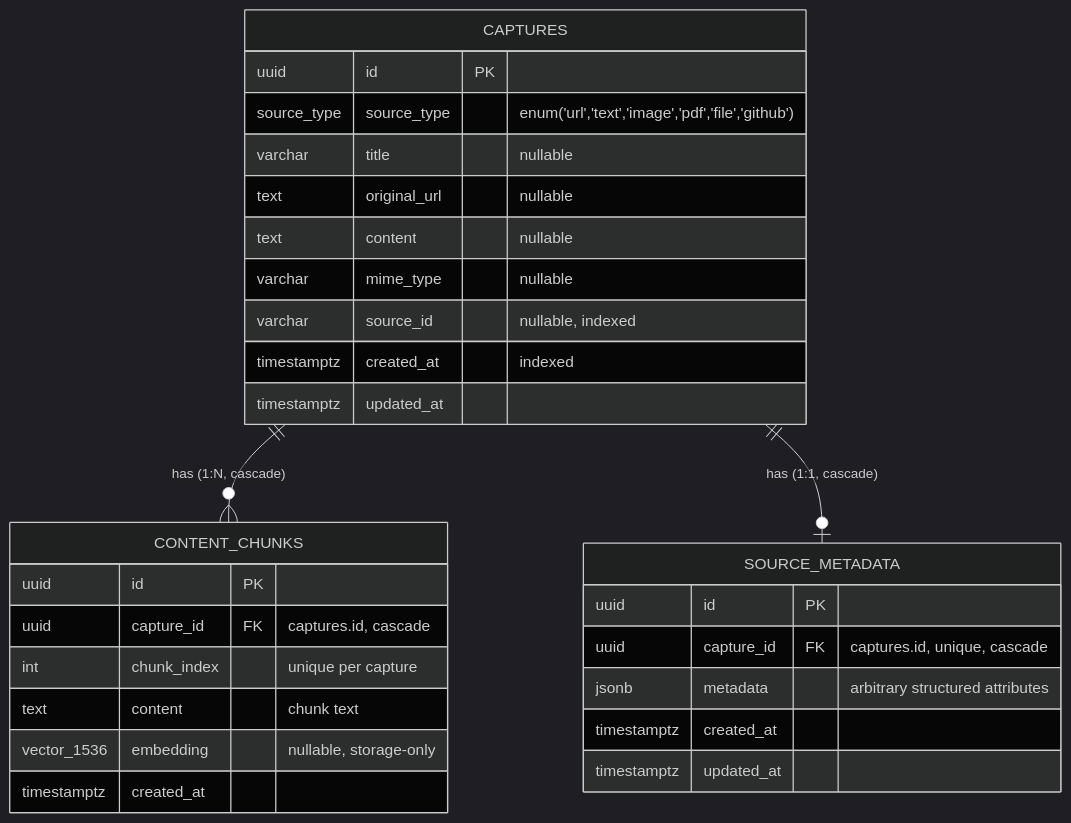
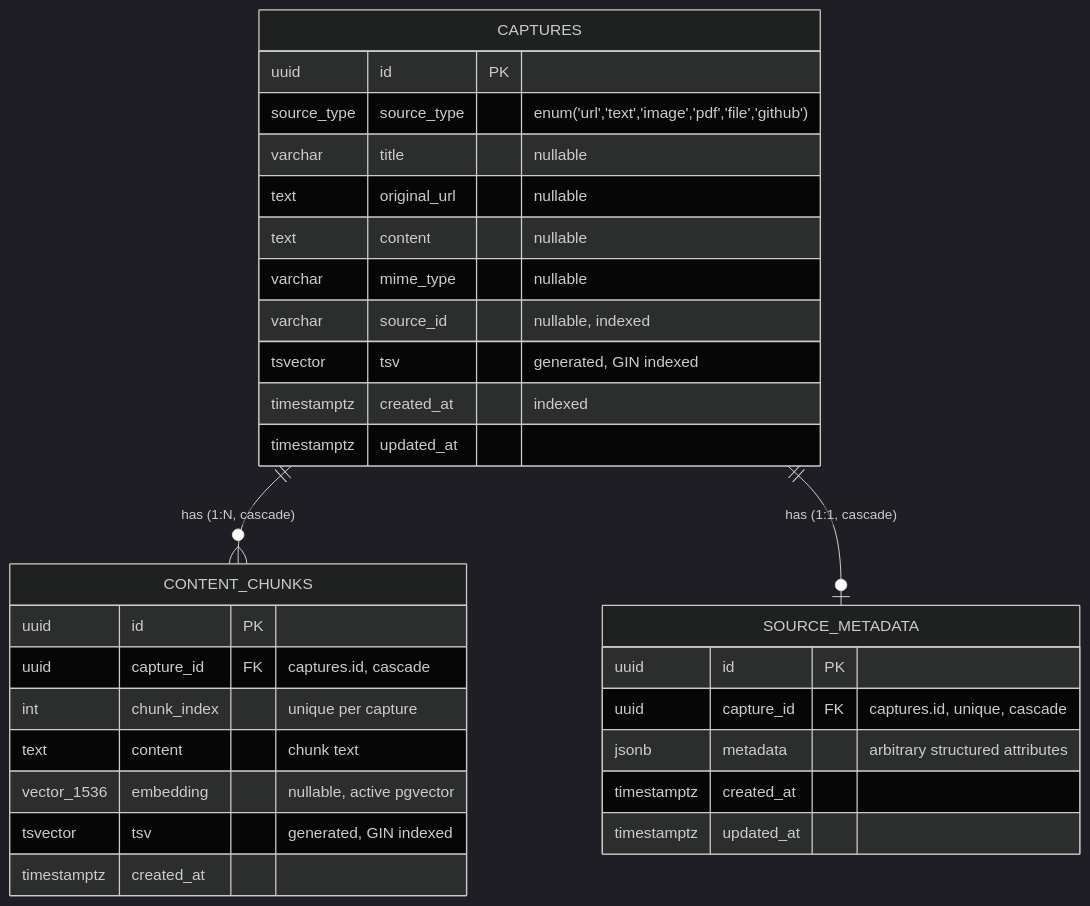
One commit to hardikkaurani/Lens changed the second of 4 diagrams in docs/architecture.md. Above: the diagram before and after it, drawn with Mermaid (dark theme). The commit also changed other lines of this file and 39 other files, not shown here.

````diff
--- a/docs/architecture.md
+++ b/docs/architecture.md
@@ -187,34 +256,36 @@
 ```mermaid
 erDiagram
     CAPTURES ||--o{ CONTENT_CHUNKS : "has (1:N, cascade)"
     CAPTURES ||--o| SOURCE_METADATA : "has (1:1, cascade)"
 
     CAPTURES {
         uuid id PK
         source_type source_type "enum('url','text','image','pdf','file','github')"
         varchar title "nullable"
         text original_url "nullable"
         text content "nullable"
         varchar mime_type "nullable"
         varchar source_id "nullable, indexed"
+        tsvector tsv "generated, GIN indexed"
         timestamptz created_at "indexed"
         timestamptz updated_at
     }
 
     CONTENT_CHUNKS {
         uuid id PK
         uuid capture_id FK "captures.id, cascade"
         int chunk_index "unique per capture"
         text content "chunk text"
-        vector_1536 embedding "nullable, storage-only"
+        vector_1536 embedding "nullable, active pgvector"
+        tsvector tsv "generated, GIN indexed"
         timestamptz created_at
     }
 
     SOURCE_METADATA {
         uuid id PK
         uuid capture_id FK "captures.id, unique, cascade"
         jsonb metadata "arbitrary structured attributes"
         timestamptz created_at
         timestamptz updated_at
     }
 ```
````
